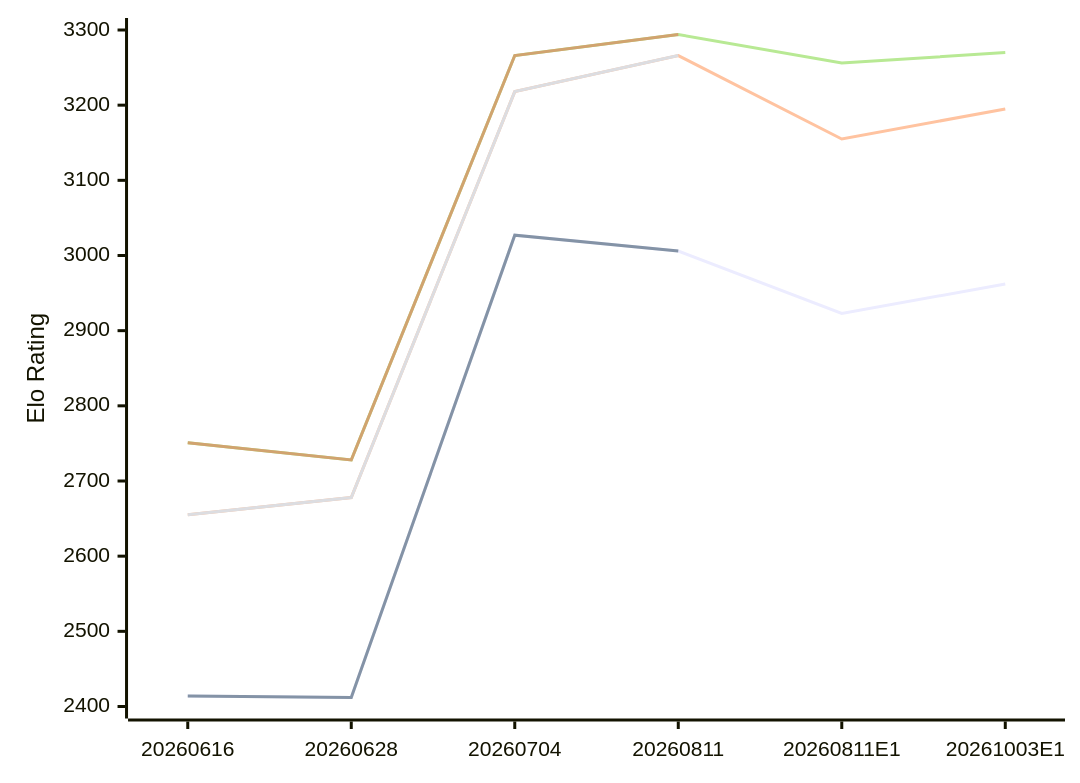
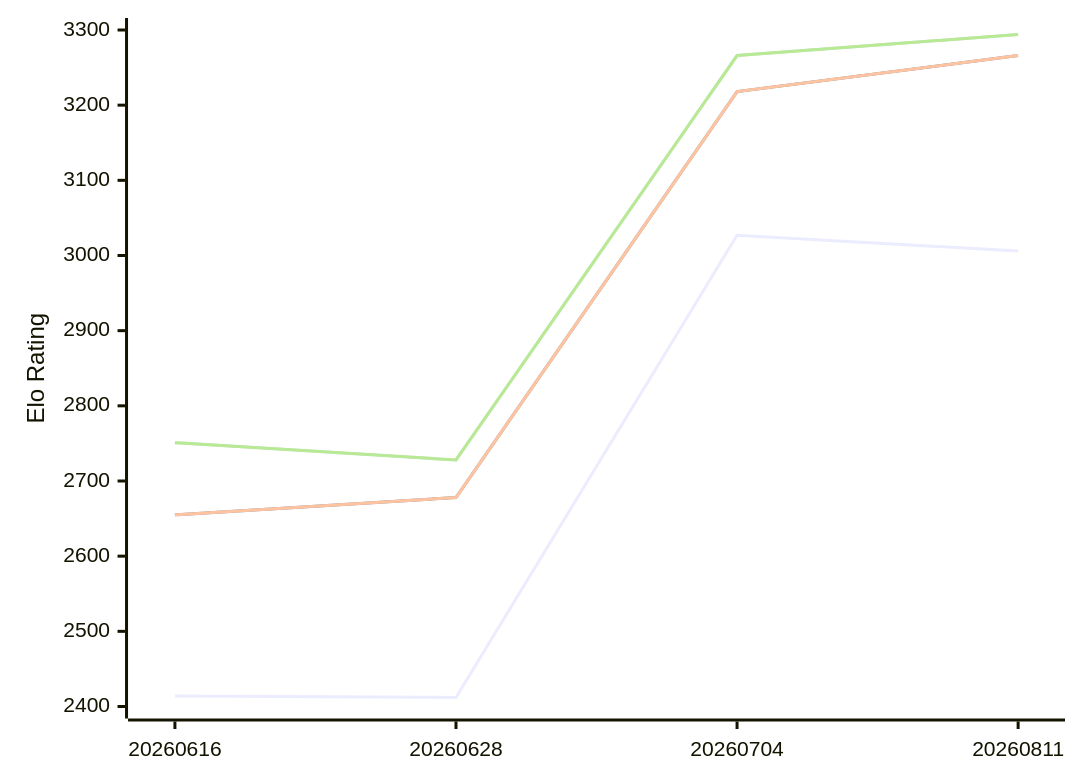
One commit to computer-chess-index/cci changed the diagram in engines/Askaig.md. Above: the diagram before and after it, drawn with Mermaid. The commit also changed other lines of this file, not shown here.

Commit message:
Update CCI Ratings (ELO VLTC) - 2026-10-11

````diff
--- a/engines/Askaig.md
+++ b/engines/Askaig.md
@@ -52,12 +52,11 @@
 ```mermaid
 %%{init: {"theme":"base","themeVariables":{"seriesColors:['#a3a3a3','#222221','#faa371']}}}%%
 xychart-beta
-  x-axis ["20260616", "20260628", "20260704", "20260811","20260811E1", "20261003E1"]
+  x-axis ["20260616", "20260628", "20260704", "20260811"]
   y-axis "Elo Rating" 2400 --> 3300
-  line "E1: STC (8.0+0.08s)" [2414, 2412, 3027, 3006,2923, 2962]
   line "T1: STC (8.0+0.08s)" [2414, 2412, 3027, 3006]
   line "E1: LTC (60.0+0.60s)" [2655, 2678, 3218, 3266,3155, 3195]
   line "T1: LTC (60.0+0.60s)" [2655, 2678, 3218, 3266]
   line "E1: VLTC (2m24s+1.12s)" [2751, 2728, 3266, 3294,3256, 3270]
   line "T1: VLTC (2m24s+1.12s)" [2751, 2728, 3266, 3294]
 ```
````
